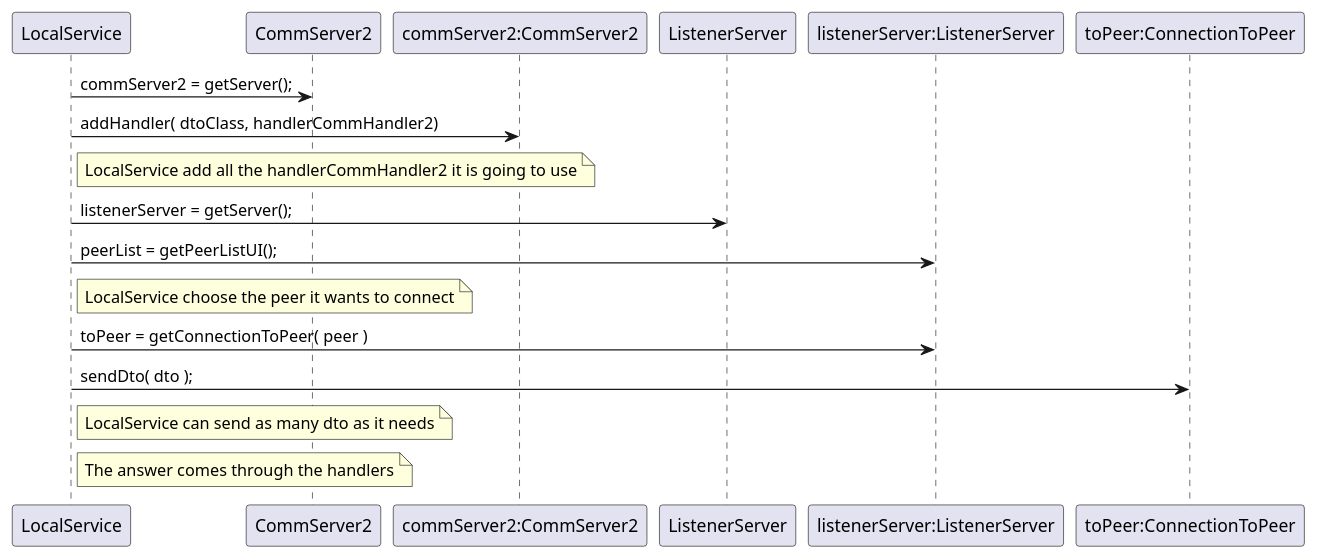
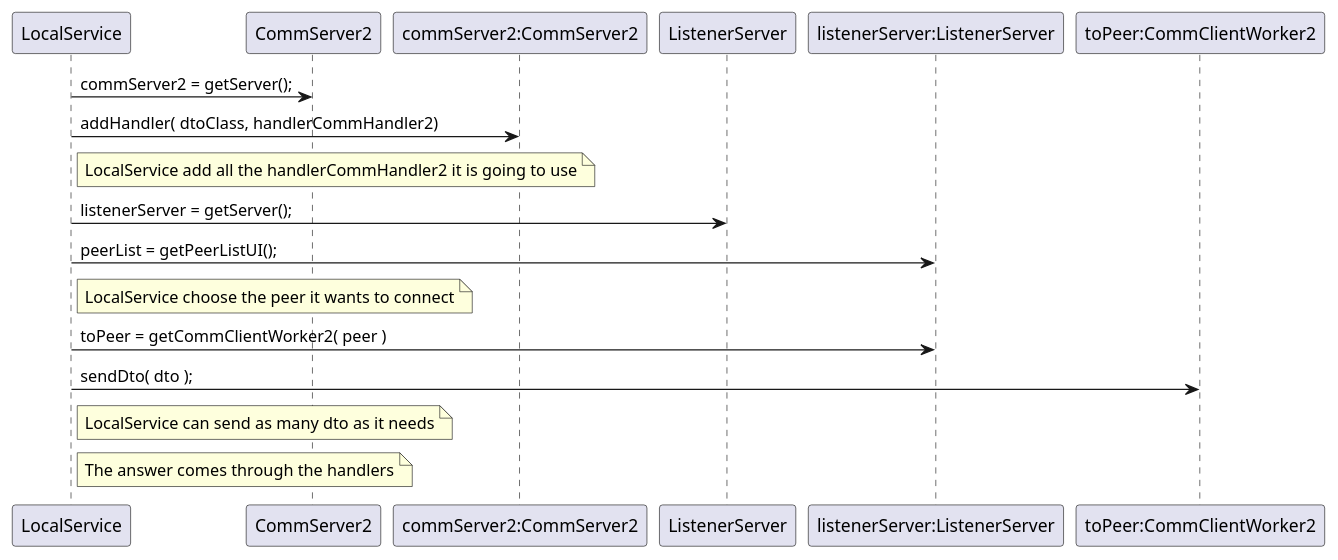
One commit to PeFerreira98/ISEP.Lic.LAPR4_2017 changed the diagram in src/main/java/lapr4/green/s1/ipc/n1151211/comm/ListenerServerConnect.puml. Above: the diagram before and after it, drawn with PlantUML. The commit also changed 8 other files, not shown here.

```diff
--- a/src/main/java/lapr4/green/s1/ipc/n1151211/comm/ListenerServerConnect.puml
+++ b/src/main/java/lapr4/green/s1/ipc/n1151211/comm/ListenerServerConnect.puml
@@ -1,25 +1,25 @@
 @startuml
     participant "LocalService"
     participant "CommServer2"
     participant "commServer2:CommServer2" as commServer2
     participant "ListenerServer"
     participant "listenerServer:ListenerServer" as listenerServer
-    participant "toPeer:ConnectionToPeer" as toPeer
+    participant "toPeer:CommClientWorker2" as toPeer
 
     LocalService -> CommServer2 : commServer2 = getServer();
     LocalService -> commServer2 : addHandler( dtoClass, handlerCommHandler2)
     note right of LocalService: LocalService add all the handlerCommHandler2 it is going to use
 
 
     LocalService -> ListenerServer : listenerServer = getServer();
     LocalService -> listenerServer : peerList = getPeerListUI();
     note right of LocalService: LocalService choose the peer it wants to connect
-    LocalService ->listenerServer : toPeer = getConnectionToPeer( peer )
+    LocalService ->listenerServer : toPeer = getCommClientWorker2( peer )
 
     LocalService->toPeer : sendDto( dto );
 
     note right of LocalService: LocalService can send as many dto as it needs
     note right of LocalService: The answer comes through the handlers
 
 
 @enduml
```
